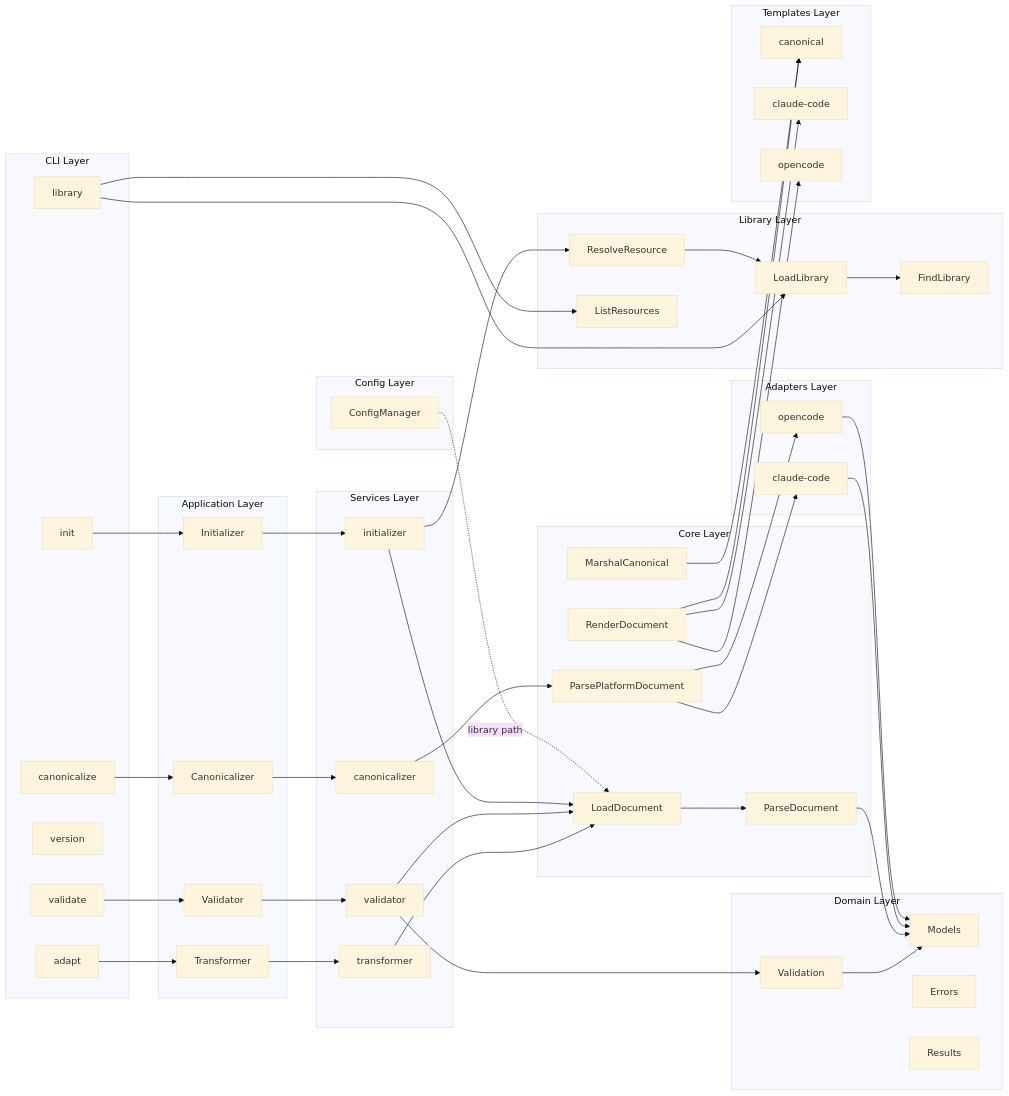
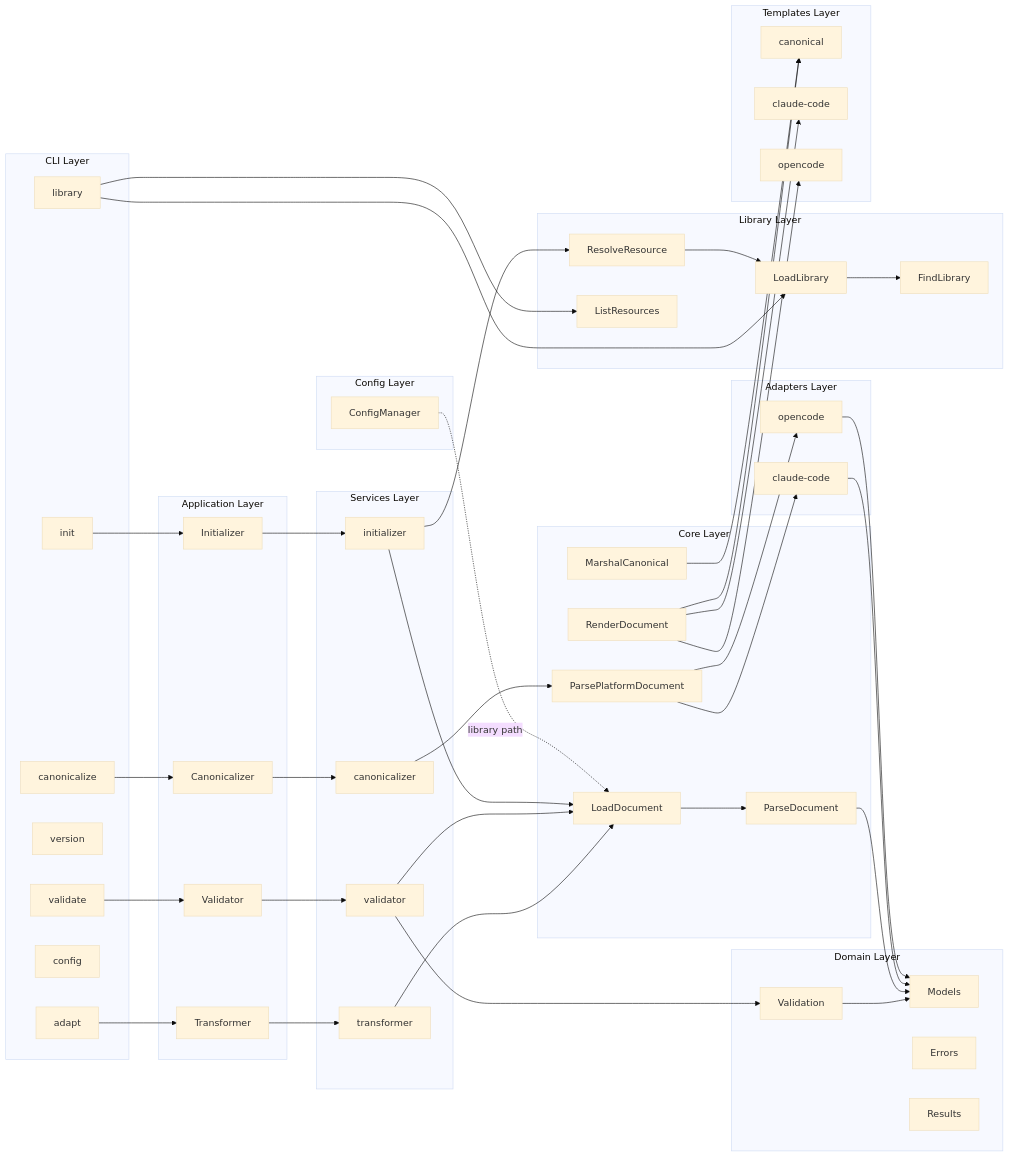
One commit to amauryconstant/germinator changed the first of 2 diagrams in AGENTS.md. Above: the diagram before and after it, drawn with Mermaid (base theme). The commit also changed other lines of this file and 1 other file, not shown here.

Commit message:
Update documentation for config init and validate commands

```diff
--- a/AGENTS.md
+++ b/AGENTS.md
@@ -12,6 +12,7 @@
         C[canonicalize]
         VER[version]
         L[library]
+        CNF[config]
         I[init]
     end
 
```
